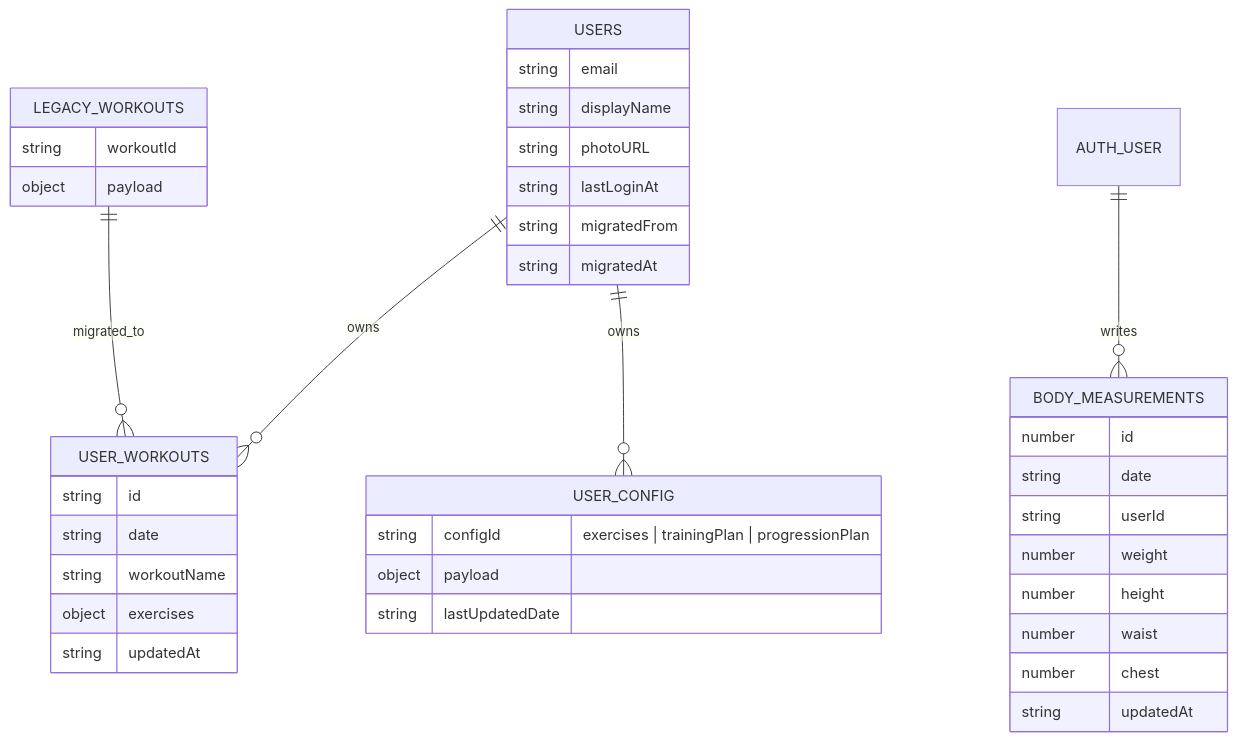
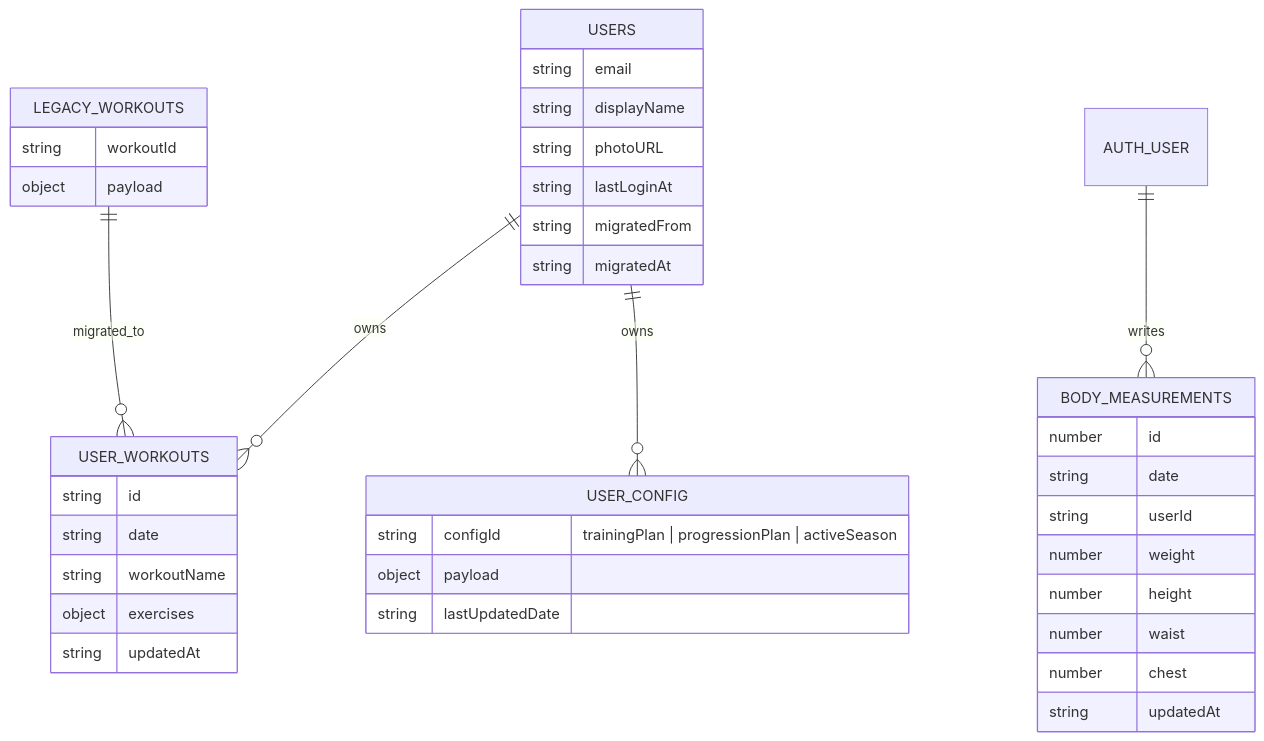
The second of 5 diagrams in workouts/WORKOUTS_ARCHITECTURE.md (0sps/sull1van.com), drawn with Mermaid before and after one commit. The commit also changed other lines of this file and 11 other files, not shown here.

````diff
--- a/workouts/WORKOUTS_ARCHITECTURE.md
+++ b/workouts/WORKOUTS_ARCHITECTURE.md
@@ -82,46 +82,46 @@
 ```mermaid
 erDiagram
     USERS ||--o{ USER_WORKOUTS : owns
     USERS ||--o{ USER_CONFIG : owns
     LEGACY_WORKOUTS ||--o{ USER_WORKOUTS : migrated_to
     AUTH_USER ||--o{ BODY_MEASUREMENTS : writes
 
     USERS {
         string email
         string displayName
         string photoURL
         string lastLoginAt
         string migratedFrom
         string migratedAt
     }
 
     USER_WORKOUTS {
         string id
         string date
         string workoutName
         object exercises
         string updatedAt
     }
 
     USER_CONFIG {
-        string configId "exercises | trainingPlan | progressionPlan"
+        string configId "trainingPlan | progressionPlan | activeSeason"
         object payload
         string lastUpdatedDate
     }
 
     BODY_MEASUREMENTS {
         number id
         string date
         string userId
         number weight
         number height
         number waist
         number chest
         string updatedAt
     }
 
     LEGACY_WORKOUTS {
         string workoutId
         object payload
     }
 ```
````
